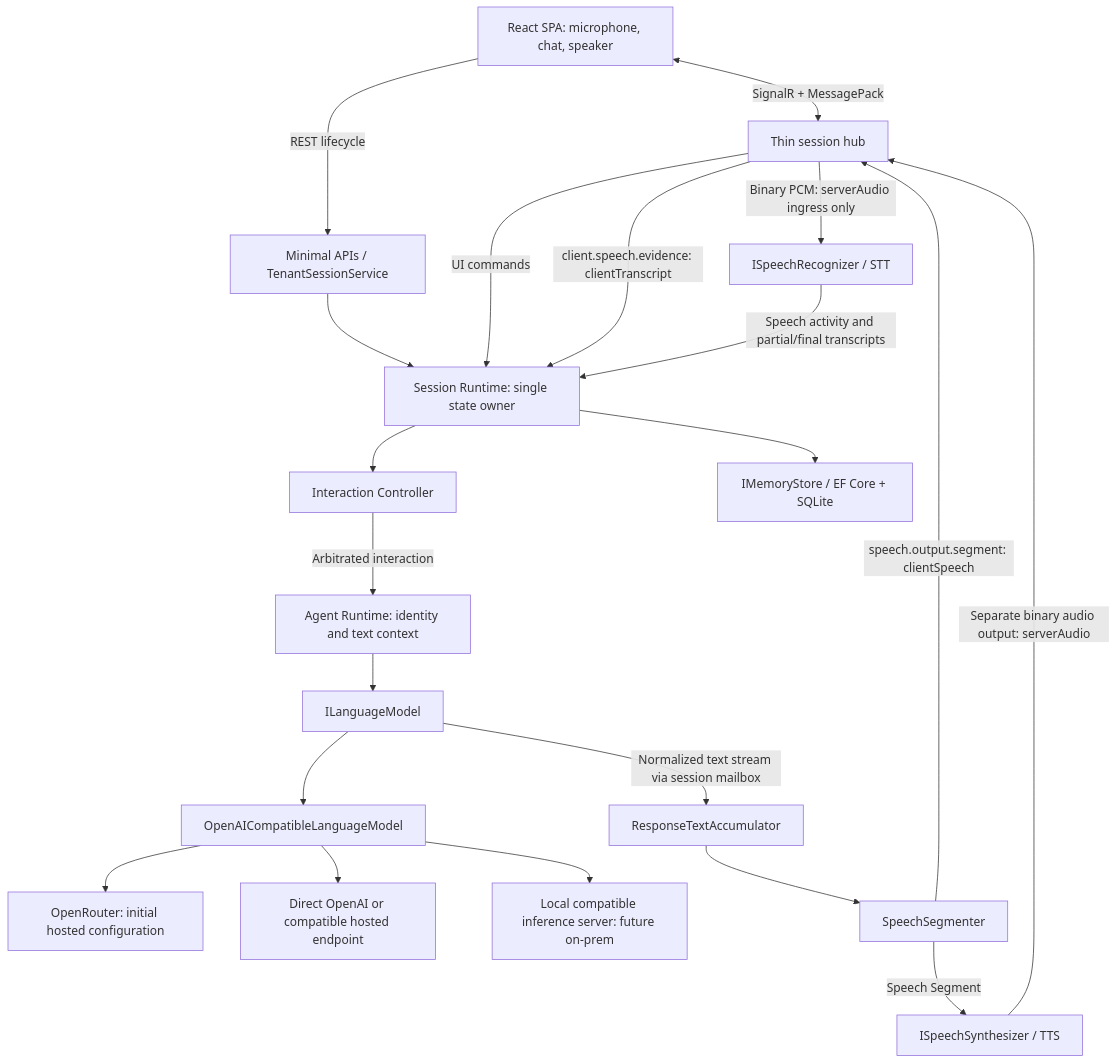
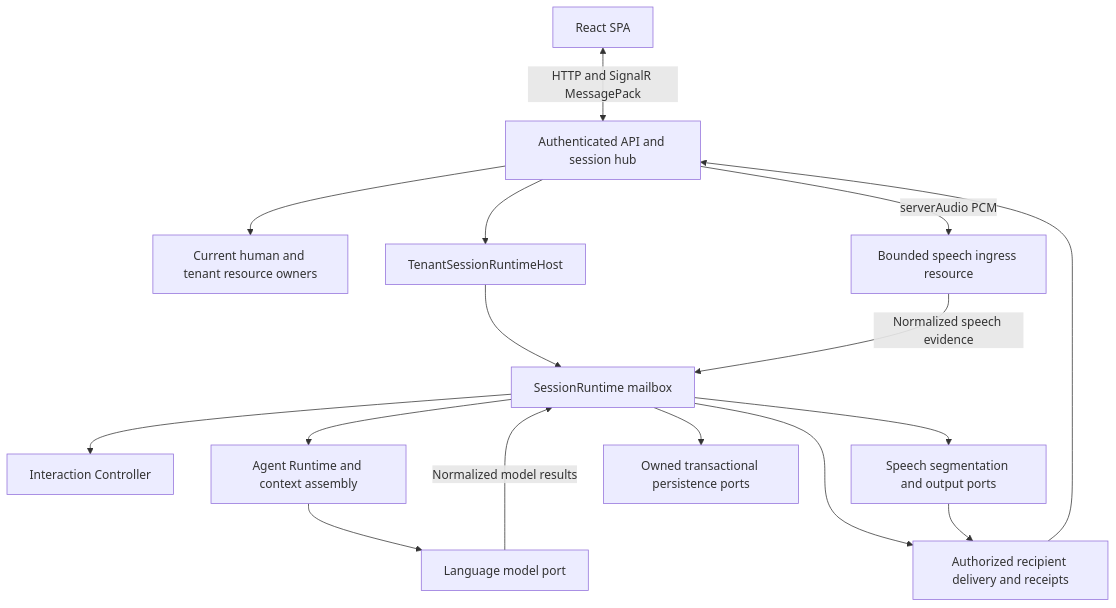
The first of 2 diagrams in docs/03-system-architecture.md (trannamtrung1st/agent-core), drawn with Mermaid before and after one commit. The commit also changed other lines of this file and 4 other files, not shown here.

Commit message:
Consolidate current architecture and documentation ownership

````diff
--- a/docs/03-system-architecture.md
+++ b/docs/03-system-architecture.md
@@ -423,23 +13,18 @@
 ```mermaid
 flowchart TD
-    Browser[React SPA: microphone, chat, speaker] <-->|SignalR + MessagePack| Hub[Thin session hub]
-    Browser -->|REST lifecycle| Api[Minimal APIs / TenantSessionService]
-    Api --> Session[Session Runtime: single state owner]
-    Hub -->|UI commands| Session
-    Hub -->|Binary PCM: serverAudio ingress only| STT[ISpeechRecognizer / STT]
-    Hub -->|client.speech.evidence: clientTranscript| Session
-    STT -->|Speech activity and partial/final transcripts| Session
-    Session --> Controller[Interaction Controller]
-    Controller -->|Arbitrated interaction| Agent[Agent Runtime: identity and text context]
-    Agent --> LLM[ILanguageModel]
-    LLM --> Adapter[OpenAICompatibleLanguageModel]
-    Adapter --> OR[OpenRouter: initial hosted configuration]
-    Adapter --> Direct[Direct OpenAI or compatible hosted endpoint]
-    Adapter --> Local[Local compatible inference server: future on-prem]
-    LLM -->|Normalized text stream via session mailbox| Acc[ResponseTextAccumulator]
-    Acc --> Segmenter[SpeechSegmenter]
-    Segmenter -->|Speech Segment| TTS[ISpeechSynthesizer / TTS]
-    Segmenter -->|speech.output.segment: clientSpeech| Hub
-    TTS -->|Separate binary audio output: serverAudio| Hub
-    Session --> Store[IMemoryStore / EF Core + SQLite]
+    Web[React SPA] <-->|HTTP and SignalR MessagePack| Api[Authenticated API and session hub]
+    Api --> Human[Current human and tenant resource owners]
+    Api --> Host[TenantSessionRuntimeHost]
+    Host --> Runtime[SessionRuntime mailbox]
+    Api -->|serverAudio PCM| Speech[Bounded speech ingress resource]
+    Speech -->|Normalized speech evidence| Runtime
+    Runtime --> Controller[Interaction Controller]
+    Runtime --> Brain[Agent Runtime and context assembly]
+    Brain --> Model[Language model port]
+    Model -->|Normalized model results| Runtime
+    Runtime --> Segments[Speech segmentation and output ports]
+    Runtime --> Stores[Owned transactional persistence ports]
+    Runtime --> Delivery[Authorized recipient delivery and receipts]
+    Segments --> Delivery
+    Delivery --> Api
 ```
````
